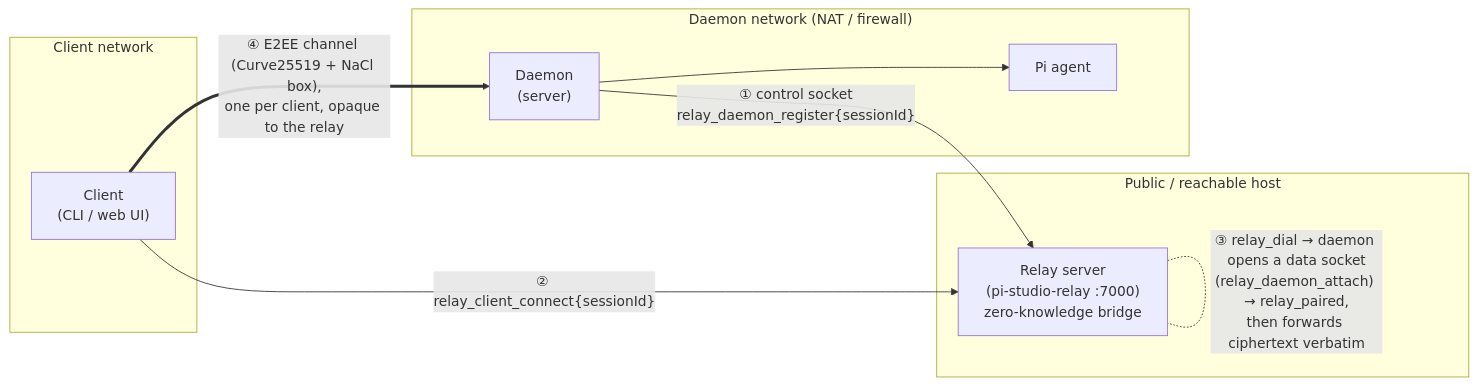
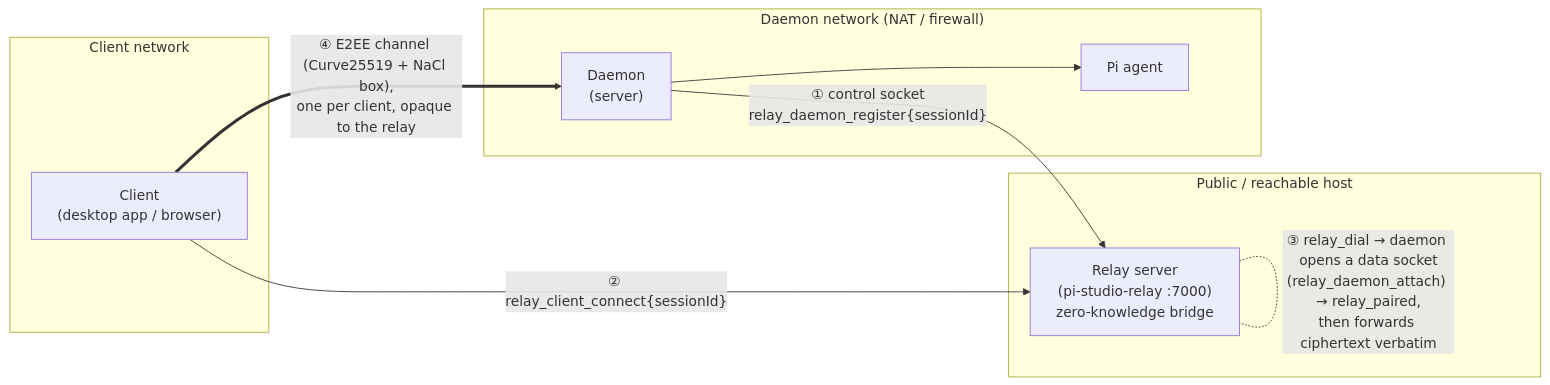
The second of 2 diagrams in README.md (avatsaev/pi-studio), drawn with Mermaid before and after one commit. The commit also changed other lines of this file and 3 other files, not shown here.

````diff
--- a/README.md
+++ b/README.md
@@ -161,19 +212,19 @@
 ```mermaid
 graph LR
   subgraph client_net["Client network"]
-    C["Client<br/>(CLI / web UI)"]
+    C["Client<br/>(desktop app / browser)"]
   end
   subgraph public["Public / reachable host"]
     R["Relay server<br/>(pi-studio-relay :7000)<br/>zero-knowledge bridge"]
   end
   subgraph daemon_net["Daemon network (NAT / firewall)"]
     D["Daemon<br/>(server)"]
     A["Pi agent"]
   end
 
   D -- "① control socket<br/>relay_daemon_register{sessionId}" --> R
   C -- "② relay_client_connect{sessionId}" --> R
   R -. "③ relay_dial → daemon opens a data socket<br/>(relay_daemon_attach) → relay_paired,<br/>then forwards ciphertext verbatim" .- R
   C == "④ E2EE channel (Curve25519 + NaCl box),<br/>one per client, opaque to the relay" ==> D
   D --> A
 ```
````
